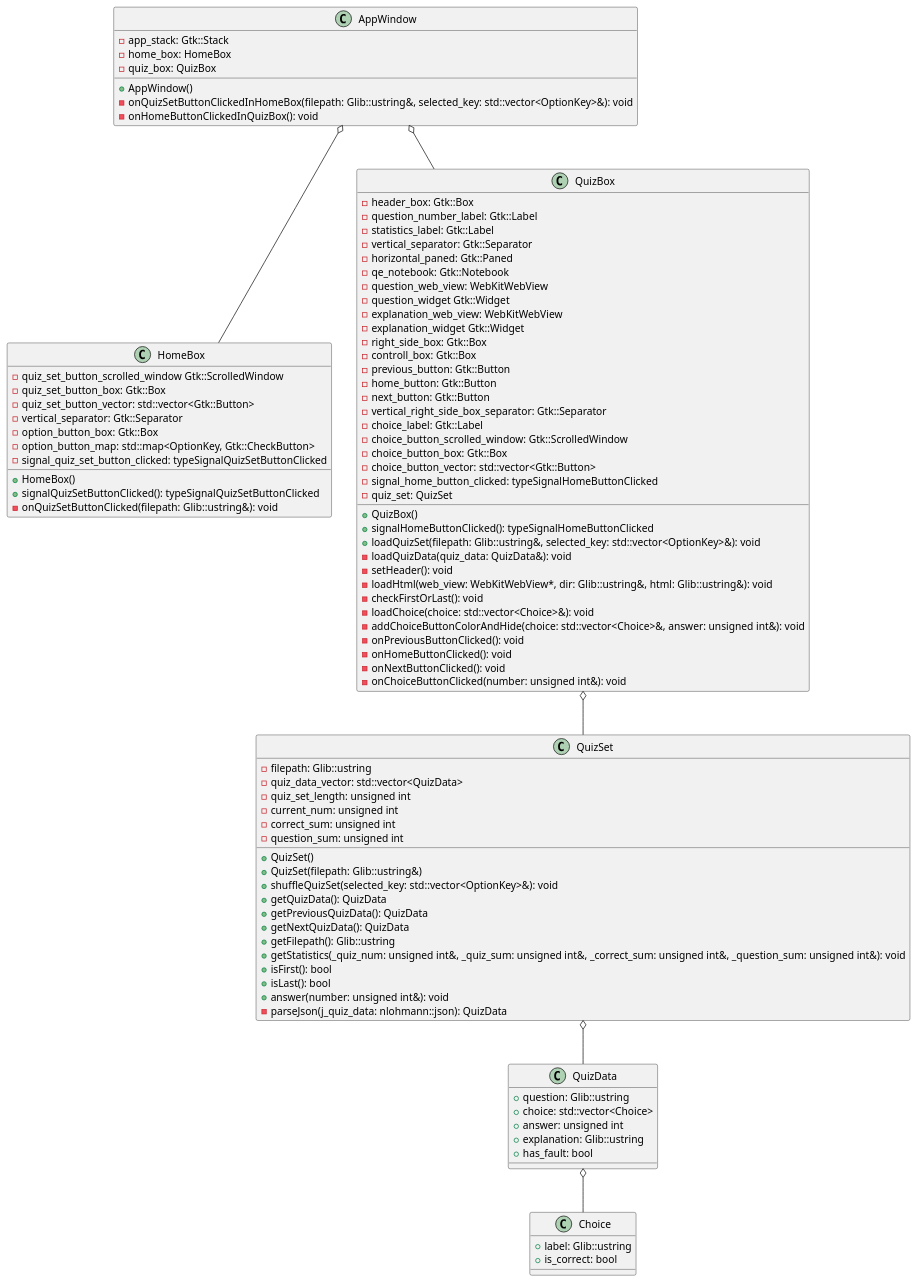
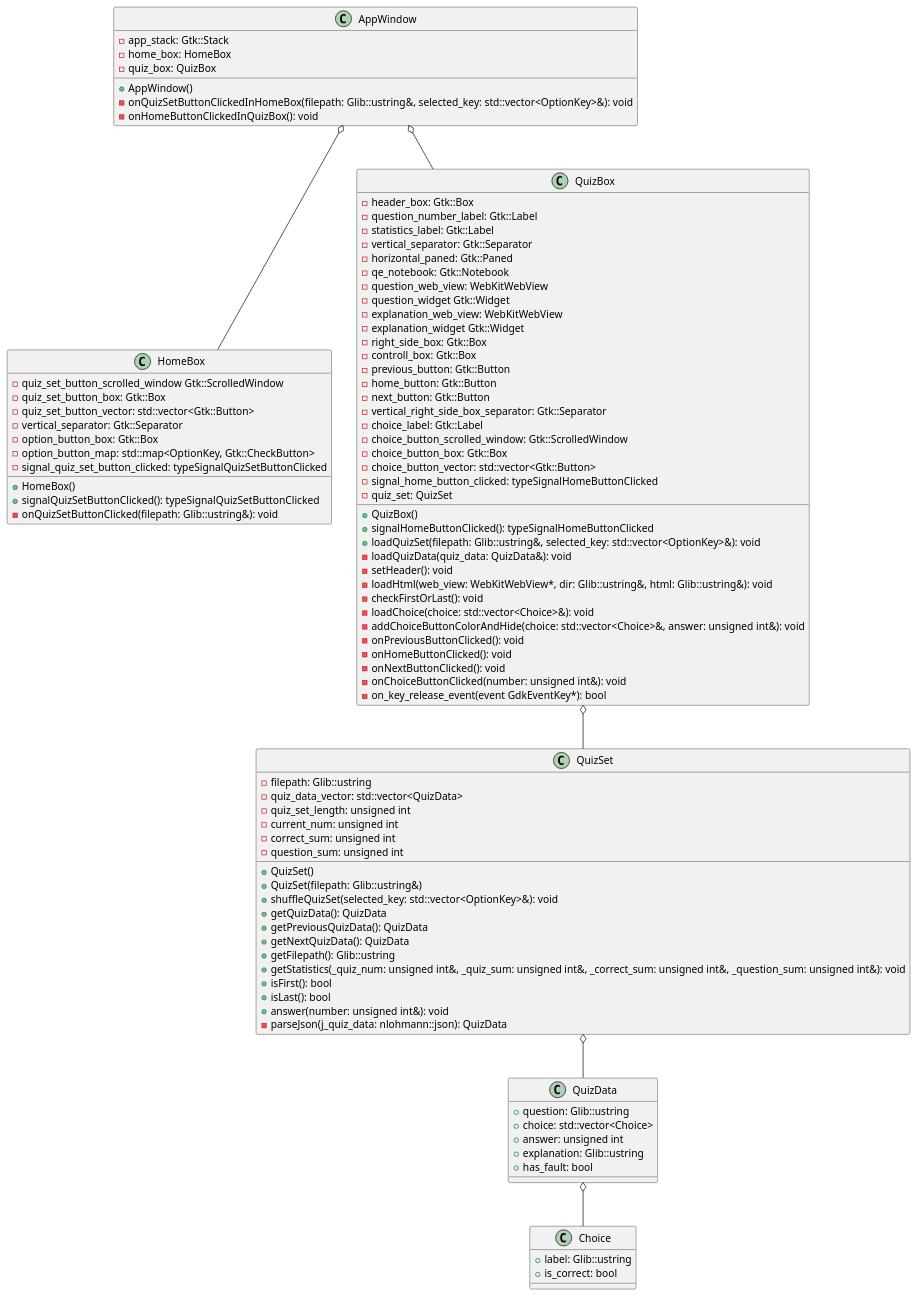
Before and after one commit to mikiya1130/Multiple_Choice_Quiz: the diagram in design/class_diagram.plantuml, drawn with PlantUML. The commit also changed 2 other files, not shown here.

```diff
--- a/design/class_diagram.plantuml
+++ b/design/class_diagram.plantuml
@@ -1,107 +1,108 @@
 @startuml class_diagram
 
 class AppWindow {
     - app_stack: Gtk::Stack
     - home_box: HomeBox
     - quiz_box: QuizBox
 
     + AppWindow()
     - onQuizSetButtonClickedInHomeBox(filepath: Glib::ustring&, selected_key: std::vector<OptionKey>&): void
     - onHomeButtonClickedInQuizBox(): void
 }
 
 class HomeBox {
     - quiz_set_button_scrolled_window Gtk::ScrolledWindow
     - quiz_set_button_box: Gtk::Box
     - quiz_set_button_vector: std::vector<Gtk::Button>
     - vertical_separator: Gtk::Separator
     - option_button_box: Gtk::Box
     - option_button_map: std::map<OptionKey, Gtk::CheckButton>
     - signal_quiz_set_button_clicked: typeSignalQuizSetButtonClicked
 
     + HomeBox()
     + signalQuizSetButtonClicked(): typeSignalQuizSetButtonClicked
     - onQuizSetButtonClicked(filepath: Glib::ustring&): void
 }
 
 class QuizBox {
     - header_box: Gtk::Box
     - question_number_label: Gtk::Label
     - statistics_label: Gtk::Label
     - vertical_separator: Gtk::Separator
     - horizontal_paned: Gtk::Paned
     - qe_notebook: Gtk::Notebook
     - question_web_view: WebKitWebView
     - question_widget Gtk::Widget
     - explanation_web_view: WebKitWebView
     - explanation_widget Gtk::Widget
     - right_side_box: Gtk::Box
     - controll_box: Gtk::Box
     - previous_button: Gtk::Button
     - home_button: Gtk::Button
     - next_button: Gtk::Button
     - vertical_right_side_box_separator: Gtk::Separator
     - choice_label: Gtk::Label
     - choice_button_scrolled_window: Gtk::ScrolledWindow
     - choice_button_box: Gtk::Box
     - choice_button_vector: std::vector<Gtk::Button>
     - signal_home_button_clicked: typeSignalHomeButtonClicked
     - quiz_set: QuizSet
 
     + QuizBox()
     + signalHomeButtonClicked(): typeSignalHomeButtonClicked
     + loadQuizSet(filepath: Glib::ustring&, selected_key: std::vector<OptionKey>&): void
     - loadQuizData(quiz_data: QuizData&): void
     - setHeader(): void
     - loadHtml(web_view: WebKitWebView*, dir: Glib::ustring&, html: Glib::ustring&): void
     - checkFirstOrLast(): void
     - loadChoice(choice: std::vector<Choice>&): void
     - addChoiceButtonColorAndHide(choice: std::vector<Choice>&, answer: unsigned int&): void
     - onPreviousButtonClicked(): void
     - onHomeButtonClicked(): void
     - onNextButtonClicked(): void
     - onChoiceButtonClicked(number: unsigned int&): void
+    - on_key_release_event(event GdkEventKey*): bool
 }
 
 class QuizSet {
     - filepath: Glib::ustring
     - quiz_data_vector: std::vector<QuizData>
     - quiz_set_length: unsigned int
     - current_num: unsigned int
     - correct_sum: unsigned int
     - question_sum: unsigned int
 
     + QuizSet()
     + QuizSet(filepath: Glib::ustring&)
     + shuffleQuizSet(selected_key: std::vector<OptionKey>&): void
     + getQuizData(): QuizData
     + getPreviousQuizData(): QuizData
     + getNextQuizData(): QuizData
     + getFilepath(): Glib::ustring
     + getStatistics(_quiz_num: unsigned int&, _quiz_sum: unsigned int&, _correct_sum: unsigned int&, _question_sum: unsigned int&): void
     + isFirst(): bool
     + isLast(): bool
     + answer(number: unsigned int&): void
     - parseJson(j_quiz_data: nlohmann::json): QuizData
 }
 
 class QuizData {
     + question: Glib::ustring
     + choice: std::vector<Choice>
     + answer: unsigned int
     + explanation: Glib::ustring
     + has_fault: bool
 }
 
 class Choice {
     + label: Glib::ustring
     + is_correct: bool
 }
 
 AppWindow o-- HomeBox
 AppWindow o-- QuizBox
 QuizBox o-- QuizSet
 QuizSet o-- QuizData
 QuizData o-- Choice
 
 @enduml
```
